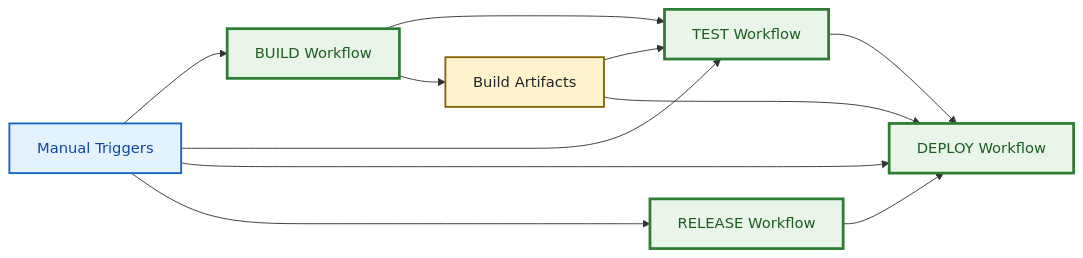
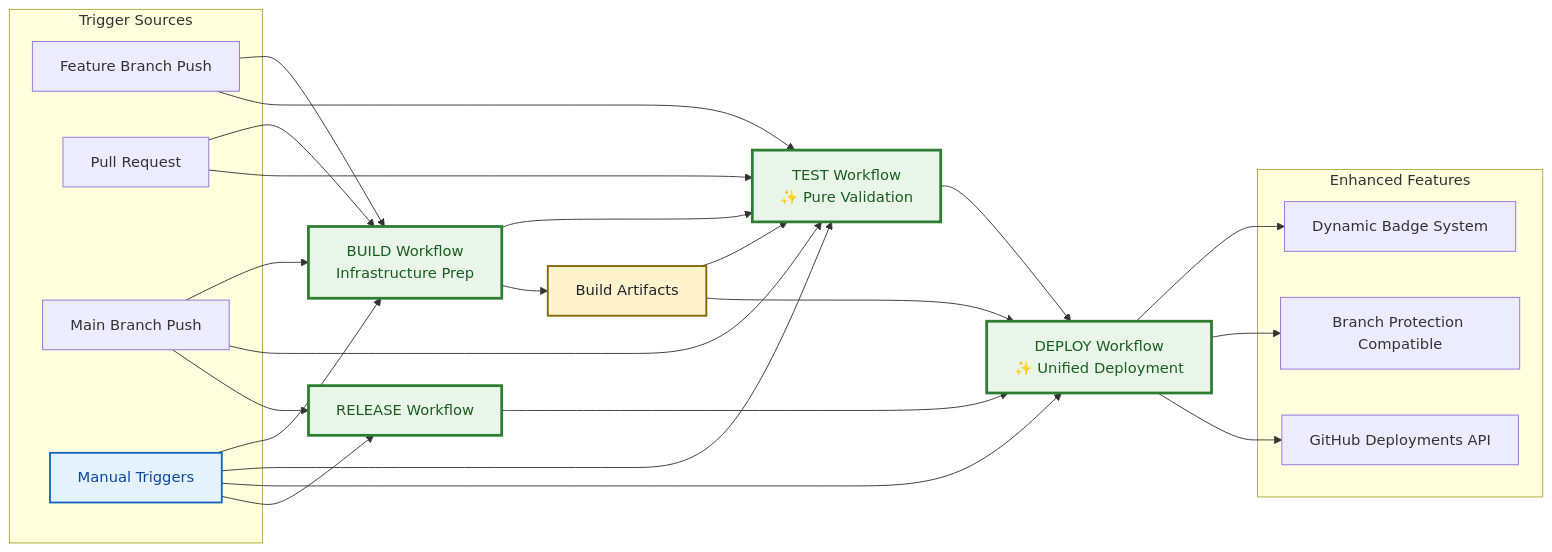
Before and after one commit to Celtikill/static-site: the fifth of 6 diagrams in docs/architecture/cicd.md, drawn with Mermaid. The commit also changed other lines of this file and 2 other files, not shown here.

Commit message:
docs & badges

````diff
--- a/docs/architecture/cicd.md
+++ b/docs/architecture/cicd.md
@@ -673,28 +727,58 @@
 ```mermaid
 graph LR
     %% Accessibility
-    accTitle: Workflow Orchestration and Dependencies
-    accDescr: Shows workflow execution flow and dependencies. BUILD workflow can trigger TEST workflow, which can trigger DEPLOY workflow. RELEASE workflow can independently trigger DEPLOY workflow. Manual triggers available for all workflows. Artifacts flow between workflows for data continuity.
+    accTitle: Enhanced Workflow Orchestration and Dependencies
+    accDescr: Updated workflow flow showing corrected architecture where DEPLOY handles all environments, enhanced badge tracking, and branch protection integration. All deployment logic unified in DEPLOY workflow.
     
-    BUILD[BUILD Workflow] --> TEST[TEST Workflow]
-    TEST --> DEPLOY[DEPLOY Workflow]
-    RELEASE[RELEASE Workflow] --> DEPLOY
+    subgraph "Trigger Sources"
+        FEATURE[Feature Branch Push]
+        PR[Pull Request]
+        MAIN[Main Branch Push]
+        MANUAL[Manual Triggers]
+    end
     
-    MANUAL[Manual Triggers] --> BUILD
+    BUILD[BUILD Workflow<br/>Infrastructure Prep]
+    TEST[TEST Workflow<br/>✨ Pure Validation]
+    DEPLOY[DEPLOY Workflow<br/>✨ Unified Deployment]
+    RELEASE[RELEASE Workflow]
+    
+    subgraph "Enhanced Features"
+        BADGES[Dynamic Badge System]
+        PROTECTION[Branch Protection Compatible]
+        GITHUB_API[GitHub Deployments API]
+    end
+    
+    FEATURE --> BUILD
+    FEATURE --> TEST
+    PR --> BUILD
+    PR --> TEST
+    MAIN --> BUILD
+    MAIN --> TEST
+    MAIN --> RELEASE
+    
+    BUILD --> TEST
+    TEST --> DEPLOY
+    RELEASE --> DEPLOY
+    
+    MANUAL --> BUILD
     MANUAL --> TEST
     MANUAL --> DEPLOY
     MANUAL --> RELEASE
+    
+    DEPLOY --> BADGES
+    DEPLOY --> PROTECTION
+    DEPLOY --> GITHUB_API
     
     BUILD --> ARTIFACTS[Build Artifacts]
     ARTIFACTS --> TEST
     ARTIFACTS --> DEPLOY
     
     %% High-Contrast Styling for Accessibility
     classDef workflowBox fill:#e8f5e8,stroke:#2e7d32,stroke-width:3px,color:#1b5e20
     classDef triggerBox fill:#e3f2fd,stroke:#1565c0,stroke-width:2px,color:#0d47a1
     classDef artifactBox fill:#fff3cd,stroke:#856404,stroke-width:2px,color:#212529
     
     class BUILD,TEST,DEPLOY,RELEASE workflowBox
     class MANUAL triggerBox
     class ARTIFACTS artifactBox
 ```
````
